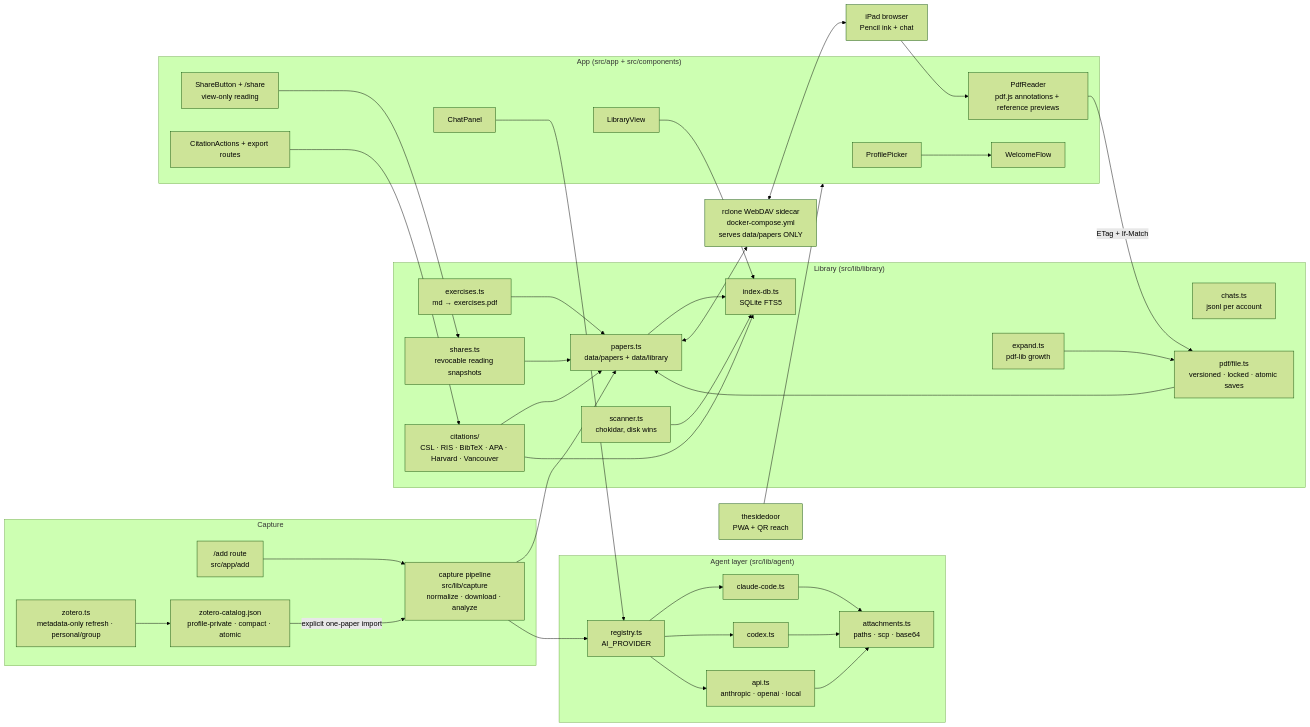
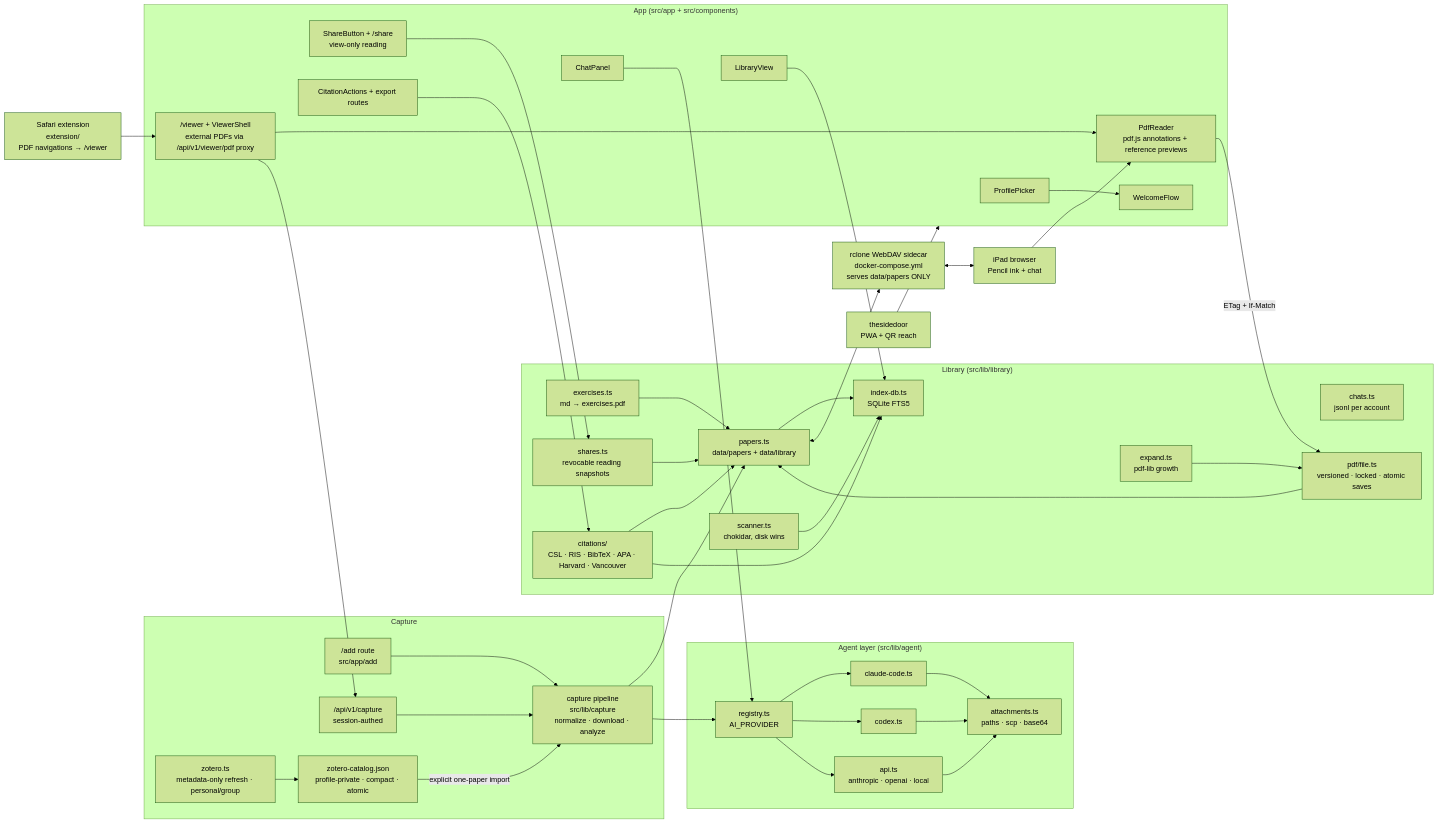
The diagram in README.md (affromero/papernook), drawn with Mermaid (forest theme) before and after one commit. The commit also changed 7 other files, not shown here.

First line of the commit message:
extension: add thin Safari/Chrome extension redirecting PDFs to /viewer

````diff
--- a/README.md
+++ b/README.md
@@ -111,65 +111,71 @@
 ```mermaid
 flowchart LR
     subgraph capture["Capture"]
       add["/add route<br/>src/app/add"]
+      capi["/api/v1/capture<br/>session-authed"]
       pipe["capture pipeline<br/>src/lib/capture<br/>normalize · download · analyze"]
       zotero["zotero.ts<br/>metadata-only refresh · personal/group"]
       zcatalog["zotero-catalog.json<br/>profile-private · compact · atomic"]
     end
 
     subgraph agent["Agent layer (src/lib/agent)"]
       registry["registry.ts<br/>AI_PROVIDER"]
       claude["claude-code.ts"]
       codex["codex.ts"]
       api["api.ts<br/>anthropic · openai · local"]
       attach["attachments.ts<br/>paths · scp · base64"]
     end
 
     subgraph library["Library (src/lib/library)"]
       papers["papers.ts<br/>data/papers + data/library"]
       chats["chats.ts<br/>jsonl per account"]
       index["index-db.ts<br/>SQLite FTS5"]
       scanner["scanner.ts<br/>chokidar, disk wins"]
       expand["expand.ts<br/>pdf-lib growth"]
       pdffile["pdf/file.ts<br/>versioned · locked · atomic saves"]
       exercises["exercises.ts<br/>md → exercises.pdf"]
       shares["shares.ts<br/>revocable reading snapshots"]
       citations["citations/<br/>CSL · RIS · BibTeX · APA · Harvard · Vancouver"]
     end
 
     subgraph ui["App (src/app + src/components)"]
       picker["ProfilePicker"]
       libview["LibraryView"]
       chatpanel["ChatPanel"]
       pdfreader["PdfReader<br/>pdf.js annotations + reference previews"]
+      viewer["/viewer + ViewerShell<br/>external PDFs via /api/v1/viewer/pdf proxy"]
       wizard["WelcomeFlow"]
       shareview["ShareButton + /share<br/>view-only reading"]
       citeui["CitationActions + export routes"]
     end
 
+    safari["Safari extension<br/>extension/<br/>PDF navigations → /viewer"]
     dav["rclone WebDAV sidecar<br/>docker-compose.yml<br/>serves data/papers ONLY"]
     ipad["iPad browser<br/>Pencil ink + chat"]
     sidedoor["thesidedoor<br/>PWA + QR reach"]
 
     add --> pipe --> papers
+    safari --> viewer
+    viewer --> pdfreader
+    viewer --> capi --> pipe
     zotero --> zcatalog
     zcatalog -->|"explicit one-paper import"| pipe
     pipe --> registry
     chatpanel --> registry
     registry --> claude & codex & api
     claude & codex & api --> attach
     papers --> index
     scanner --> index
     papers <--> dav <--> ipad
     exercises --> papers
     shares --> papers
     shareview --> shares
     citeui --> citations --> papers
     citations --> index
     expand --> pdffile --> papers
     pdfreader -->|"ETag + If-Match"| pdffile
     ipad --> pdfreader
     libview --> index
     picker --> wizard
     sidedoor --> ui
 ```
````
